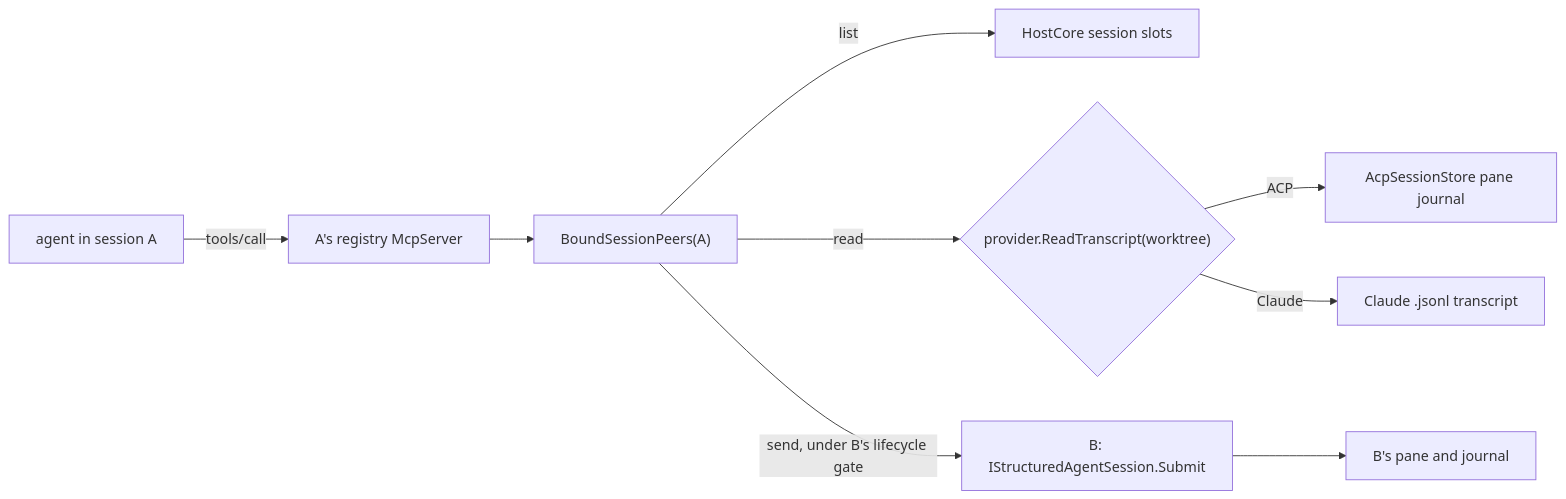
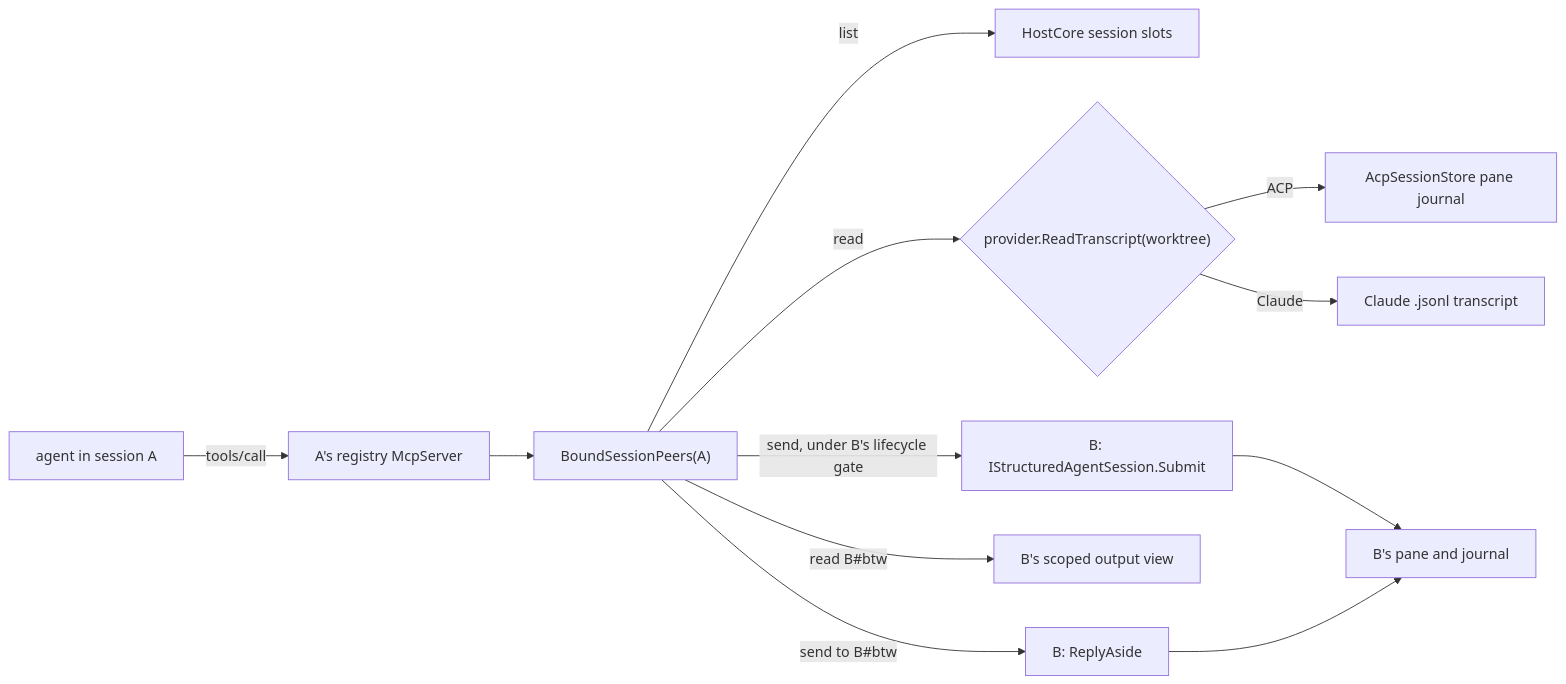
The diagram in docs/specs/session-messaging.md (Kapps/weavie), drawn with Mermaid before and after one commit. The commit also changed other lines of this file and 7 other files, not shown here.

````diff
--- a/docs/specs/session-messaging.md
+++ b/docs/specs/session-messaging.md
@@ -46,11 +46,14 @@
 ```mermaid
 flowchart LR
   A["agent in session A"] -->|tools/call| M["A's registry McpServer"]
   M --> P["BoundSessionPeers(A)"]
   P -->|list| C["HostCore session slots"]
   P -->|read| PR{"provider.ReadTranscript(worktree)"}
   PR -->|ACP| J["AcpSessionStore pane journal"]
   PR -->|Claude| L["Claude .jsonl transcript"]
   P -->|send, under B's lifecycle gate| Q["B: IStructuredAgentSession.Submit"]
   Q --> BP["B's pane and journal"]
+  P -->|"read B#btw"| V["B's scoped output view"]
+  P -->|"send to B#btw"| R["B: ReplyAside"]
+  R --> BP
 ```
````
